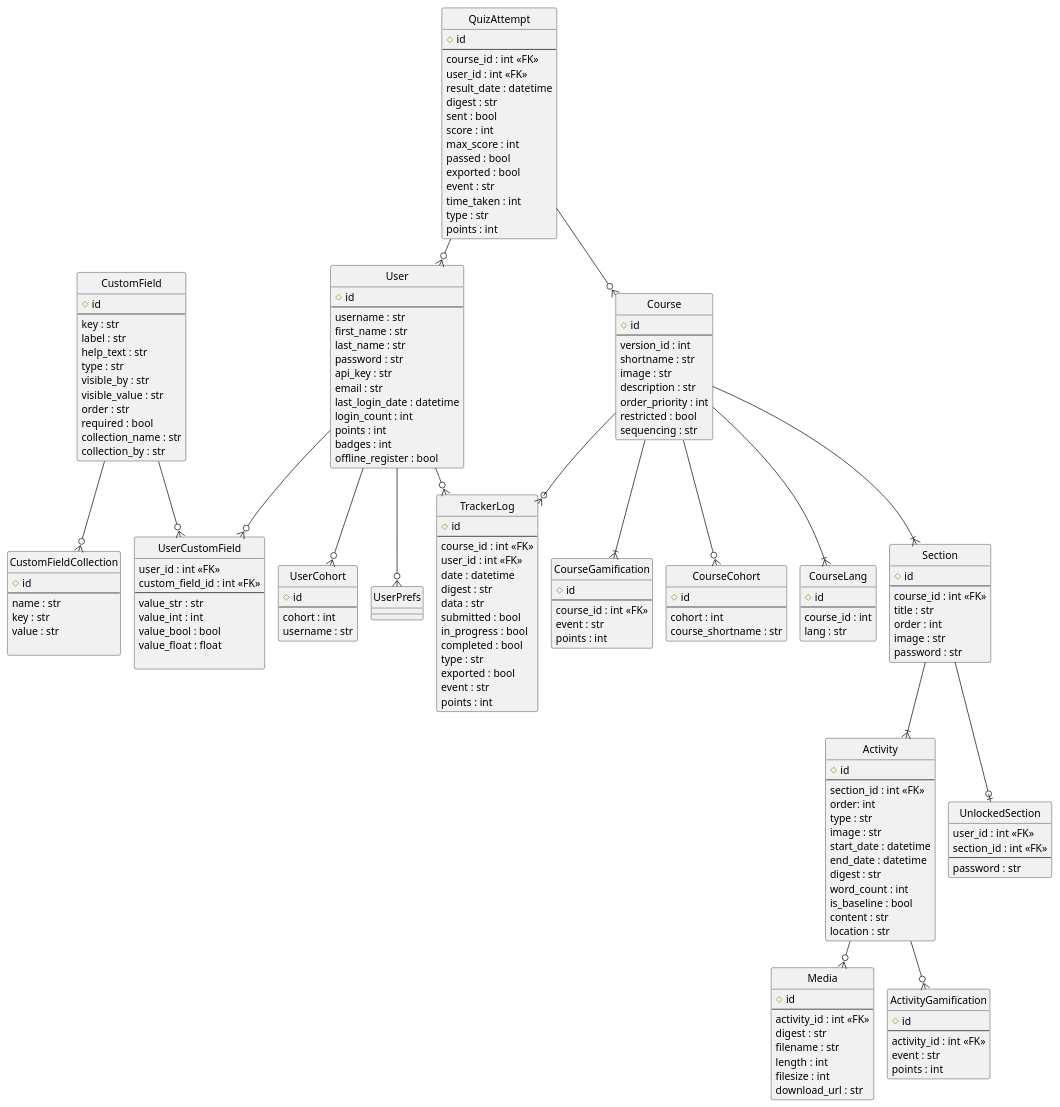
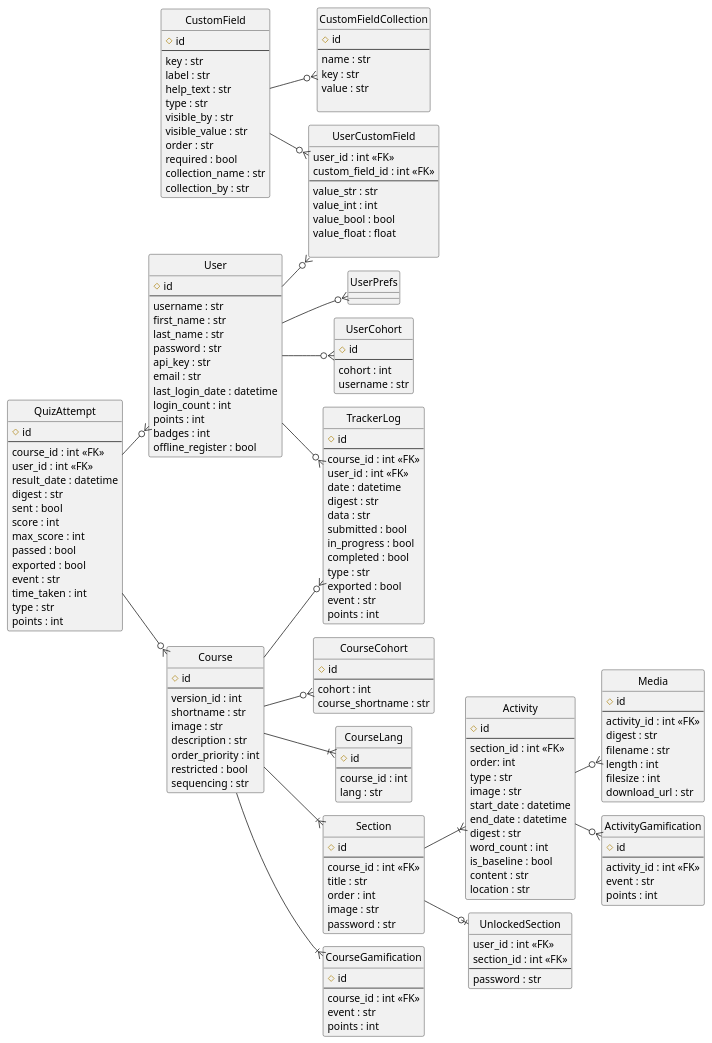
The diagram in uml/database.puml (DigitalCampus/oppia-mobile-app), drawn with PlantUML before and after one commit.

Commit message:
- Changed UML layout style

```diff
--- a/uml/database.puml
+++ b/uml/database.puml
@@ -1,7 +1,7 @@
 @startuml
 !pragma layout smetana
 
-skinparam linetype polyline
+left to right direction
 hide circle
 
 entity Course {
```
